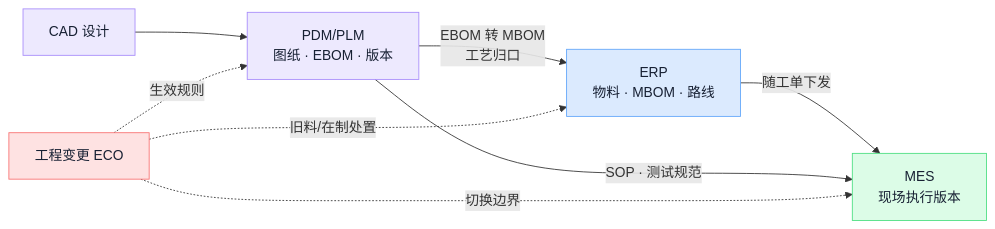
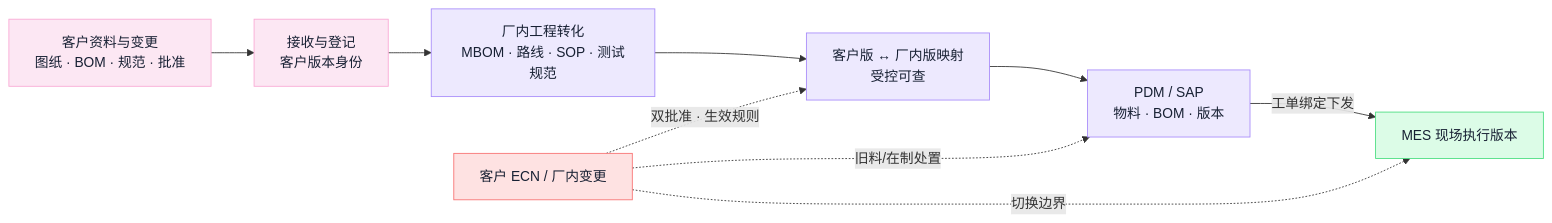
Before and after one commit to ink-hz/AI-Manufacturing-Platform: the fifth of 18 diagrams in docs/manufacturing-system-handbook.md, drawn with Mermaid. The commit also changed other lines of this file and 9 other files, not shown here.

First line of the commit message:
docs: OEM revision of handbook, architecture, flows and design document

````diff
--- a/docs/manufacturing-system-handbook.md
+++ b/docs/manufacturing-system-handbook.md
@@ -197,18 +400,19 @@
 ```mermaid
 flowchart LR
-    CAD[CAD 设计] --> PDM[PDM/PLM<br/>图纸 · EBOM · 版本]
-    PDM -->|EBOM 转 MBOM<br/>工艺归口| ERP[ERP<br/>物料 · MBOM · 路线]
-    ERP -->|随工单下发| MES[MES<br/>现场执行版本]
-    PDM -->|SOP · 测试规范| MES
-    ECO[工程变更 ECO] -.生效规则.-> PDM
-    ECO -.旧料/在制处置.-> ERP
-    ECO -.切换边界.-> MES
-    class CAD,PDM eng
-    class ERP biz
-    class MES exec
-    class ECO risk
-    classDef biz fill:#DBEAFE,stroke:#60A5FA,color:#172033;
+    CUST["客户资料与变更<br/>图纸 · BOM · 规范 · 批准"] --> RCV["接收与登记<br/>客户版本身份"]
+    RCV --> ENG["厂内工程转化<br/>MBOM · 路线 · SOP · 测试规范"]
+    ENG --> MAP["客户版 ↔ 厂内版映射<br/>受控可查"]
+    MAP --> PDM2["PDM / SAP<br/>物料 · BOM · 版本"]
+    PDM2 -->|"工单绑定下发"| MES2["MES 现场执行版本"]
+    ECN["客户 ECN / 厂内变更"] -.->|"双批准 · 生效规则"| MAP
+    ECN -.->|"旧料/在制处置"| PDM2
+    ECN -.->|"切换边界"| MES2
+    class CUST,RCV cust
+    class ENG,MAP,PDM2 eng
+    class MES2 exec
+    class ECN risk
+    classDef cust fill:#FCE7F3,stroke:#F9A8D4,color:#172033;
     classDef eng fill:#EDE9FE,stroke:#A78BFA,color:#172033;
     classDef exec fill:#DCFCE7,stroke:#4ADE80,color:#172033;
     classDef risk fill:#FEE2E2,stroke:#F87171,color:#172033;
 ```
````
